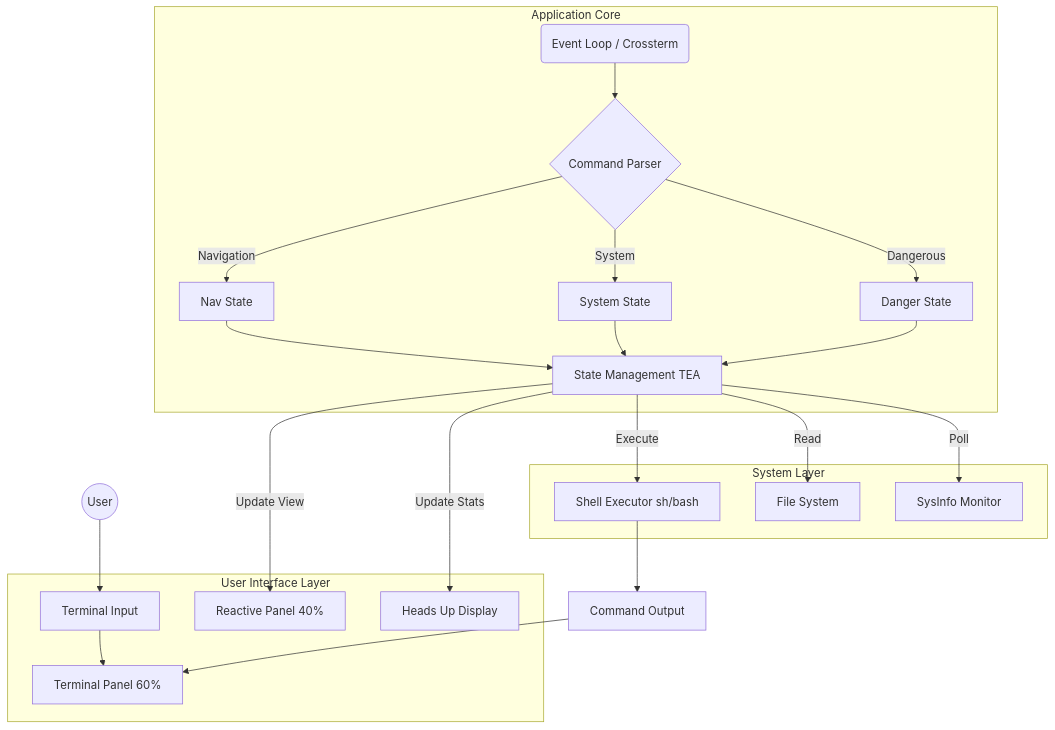
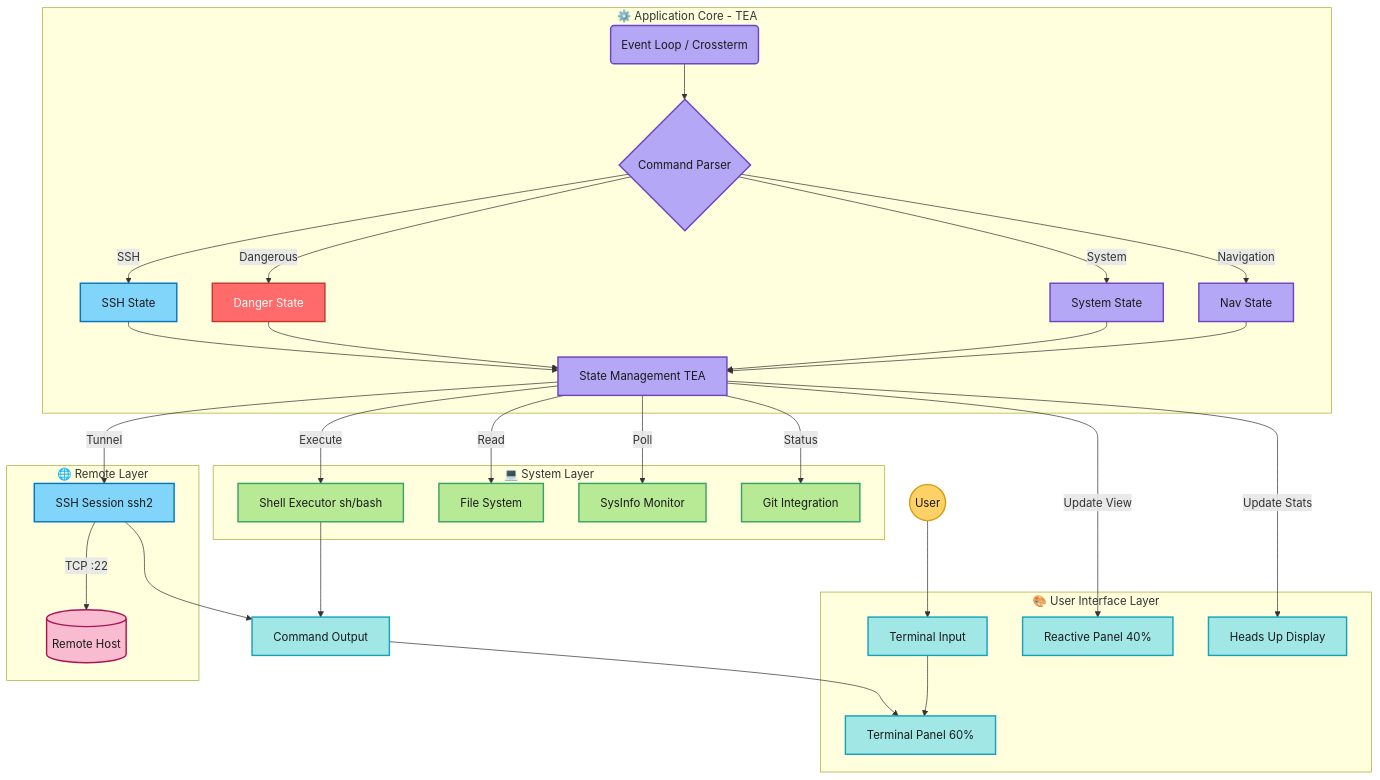
One commit to Munique-Feitoza/Munux-Reactive-Workspace changed the first of 7 diagrams in docs/en/architecture/overview.md. Above: the diagram before and after it, drawn with Mermaid. The commit also changed other lines of this file and 9 other files, not shown here.

First line of the commit message:
docs: documenta SSH e adiciona diagramas UML coloridos

````diff
--- a/docs/en/architecture/overview.md
+++ b/docs/en/architecture/overview.md
@@ -14,38 +14,58 @@
 ```mermaid
 graph TD
-    User((User)) --> Input[Terminal Input]
-    
-    subgraph UI_Layer [User Interface Layer]
-        Input --> LeftPanel[Terminal Panel 60%]
-        RightPanel[Reactive Panel 40%]
-        HUD[Heads Up Display]
+    User((User)):::userCls --> Input[Terminal Input]:::uiCls
+
+    subgraph UI_Layer [🎨 User Interface Layer]
+        Input --> LeftPanel[Terminal Panel 60%]:::uiCls
+        RightPanel[Reactive Panel 40%]:::uiCls
+        HUD[Heads Up Display]:::uiCls
     end
 
-    subgraph Core_Layer [Application Core]
-        EventLoop(Event Loop / Crossterm) --> Parser{Command Parser}
-        Parser -->|Navigation| NavState[Nav State]
-        Parser -->|System| SysState[System State]
-        Parser -->|Dangerous| DangerState[Danger State]
-        
-        StateMgr[State Management TEA]
+    subgraph Core_Layer [⚙️ Application Core - TEA]
+        EventLoop(Event Loop / Crossterm):::coreCls --> Parser{Command Parser}:::coreCls
+        Parser -->|Navigation| NavState[Nav State]:::coreCls
+        Parser -->|System| SysState[System State]:::coreCls
+        Parser -->|Dangerous| DangerState[Danger State]:::dangerCls
+        Parser -->|SSH| SshState[SSH State]:::sshCls
+
+        StateMgr[State Management TEA]:::coreCls
         NavState --> StateMgr
         SysState --> StateMgr
         DangerState --> StateMgr
-        
+        SshState --> StateMgr
+
         StateMgr -->|Update View| RightPanel
         StateMgr -->|Update Stats| HUD
     end
 
-    subgraph System_Layer [System Layer]
-        Shell[Shell Executor sh/bash]
-        FS[File System]
-        Monitor[SysInfo Monitor]
-        
+    subgraph System_Layer [💻 System Layer]
+        Shell[Shell Executor sh/bash]:::sysCls
+        FS[File System]:::sysCls
+        Monitor[SysInfo Monitor]:::sysCls
+        Git[Git Integration]:::sysCls
+
         StateMgr -->|Execute| Shell
         StateMgr -->|Read| FS
         StateMgr -->|Poll| Monitor
+        StateMgr -->|Status| Git
     end
 
-    Shell --> Output[Command Output]
+    subgraph Remote_Layer [🌐 Remote Layer]
+        SshSession[SSH Session ssh2]:::sshCls
+        RemoteHost[(Remote Host)]:::remoteCls
+        StateMgr -->|Tunnel| SshSession
+        SshSession -->|TCP :22| RemoteHost
+    end
+
+    Shell --> Output[Command Output]:::uiCls
+    SshSession --> Output
     Output --> LeftPanel
+
+    classDef userCls fill:#ffd166,stroke:#d4a017,stroke-width:2px,color:#1a1a1a
+    classDef uiCls fill:#a0e7e5,stroke:#17a2b8,stroke-width:2px,color:#1a1a1a
+    classDef coreCls fill:#b4a7f5,stroke:#6f42c1,stroke-width:2px,color:#1a1a1a
+    classDef sysCls fill:#b8e994,stroke:#38a169,stroke-width:2px,color:#1a1a1a
+    classDef sshCls fill:#81d4fa,stroke:#0277bd,stroke-width:2px,color:#1a1a1a
+    classDef remoteCls fill:#f8bbd0,stroke:#ad1457,stroke-width:2px,color:#1a1a1a
+    classDef dangerCls fill:#ff6b6b,stroke:#c0392b,stroke-width:2px,color:#fff
 ```
````
